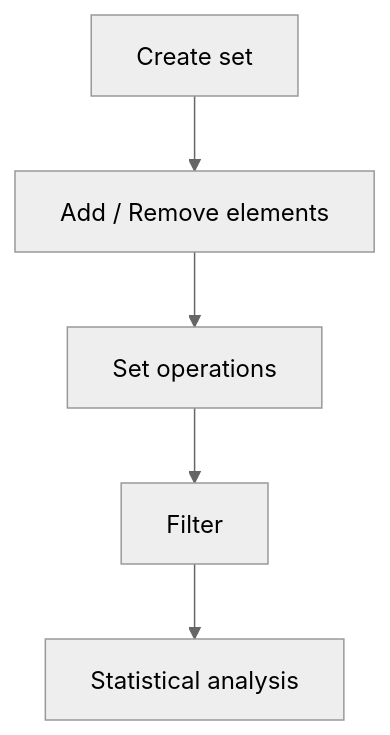
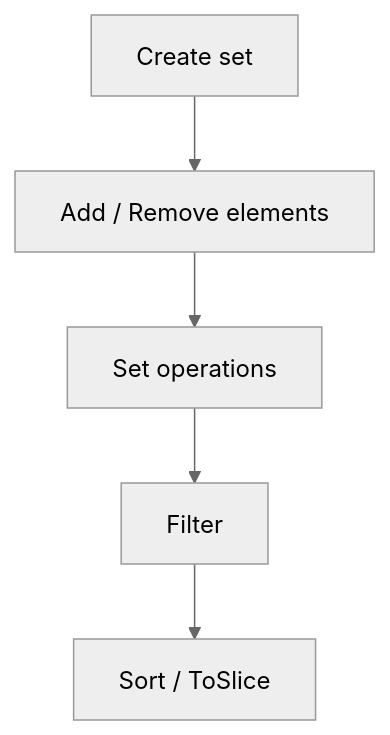
Before and after one commit to scagogogo/cpe-skills: the second of 2 diagrams in website/en/guide/sets.md, drawn with Mermaid (neutral theme). The commit also changed other lines of this file and 34 other files, not shown here.

First line of the commit message:
docs(website): fix fabricated APIs in examples, sync zh with en, fix diagrams

````diff
--- a/website/en/guide/sets.md
+++ b/website/en/guide/sets.md
@@ -31,12 +28,12 @@
 ```mermaid
 flowchart TD
     C["Create set"]
     M["Add / Remove elements"]
     O["Set operations"]
     F["Filter"]
-    ST["Statistical analysis"]
+    ST["Sort / ToSlice"]
     C --> M
     M --> O
     O --> F
     F --> ST
 ```
````
